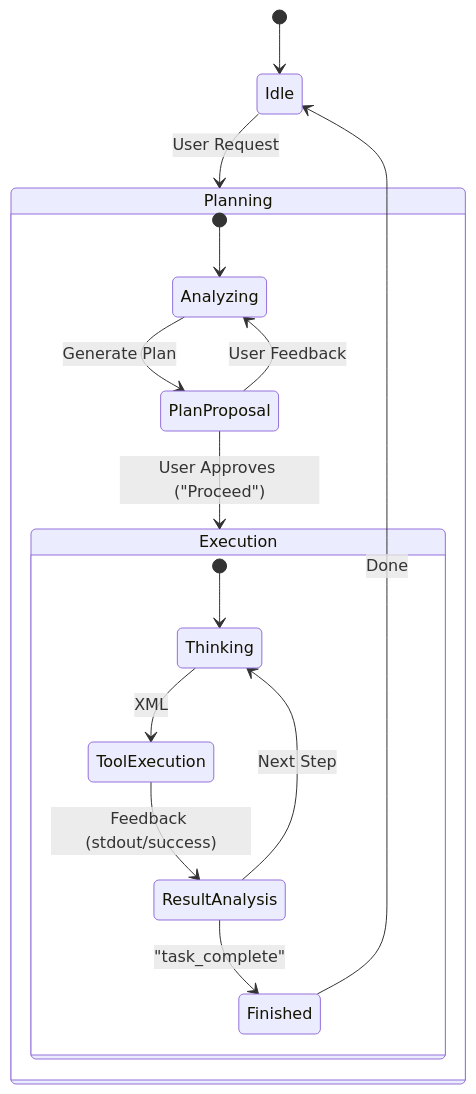
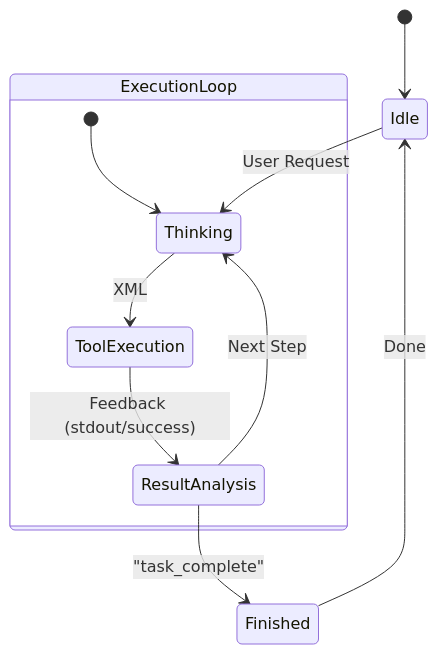
The first of 2 diagrams in README.md (Foxomax/ronin), drawn with Mermaid before and after one commit. The commit also changed other lines of this file, not shown here.

Commit message:
Update README to reflect changes in Ronin's architecture and execution flow (#6)

````diff
--- a/README.md
+++ b/README.md
@@ -82,23 +77,16 @@
 ```mermaid
 stateDiagram-v2
     [*] --> Idle
-    
-    Idle --> Planning : User Request
-    
-    state Planning {
-        [*] --> Analyzing
-        Analyzing --> PlanProposal : Generate Plan
-        PlanProposal --> Analyzing : User Feedback
-        PlanProposal --> Execution : User Approves ("Proceed")
-    }
-    
-    state Execution {
+
+    Idle --> Thinking : User Request
+
+    state ExecutionLoop {
         [*] --> Thinking
         Thinking --> ToolExecution : XML <execute>
         ToolExecution --> ResultAnalysis : Feedback (stdout/success)
         ResultAnalysis --> Thinking : Next Step
-        ResultAnalysis --> Finished : "task_complete"
     }
-    
+
+    ResultAnalysis --> Finished : "task_complete"
     Finished --> Idle : Done
 ```
````
